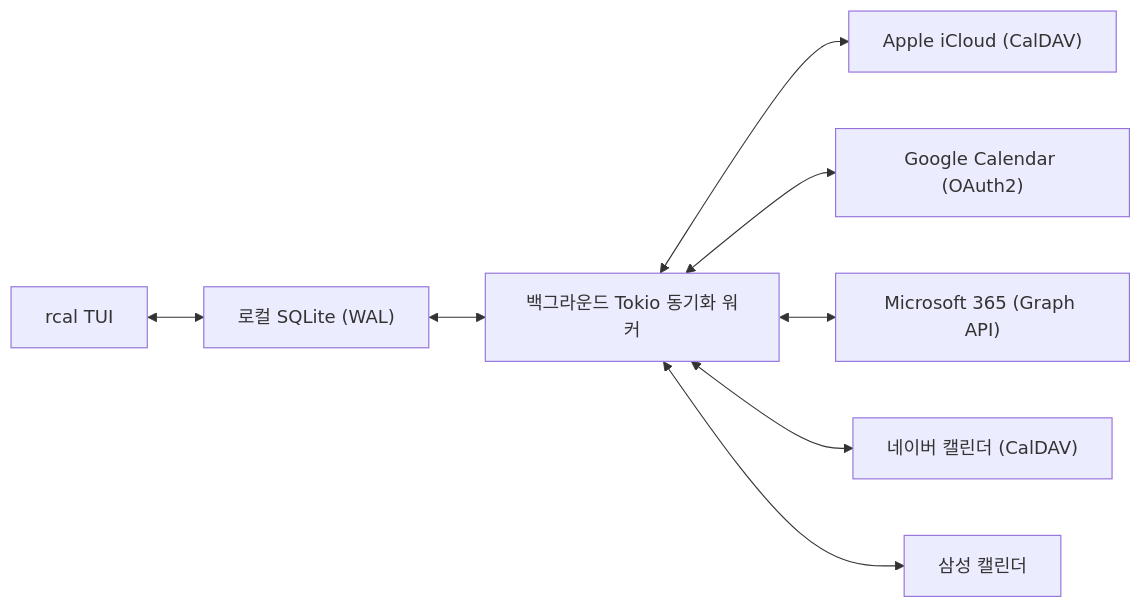
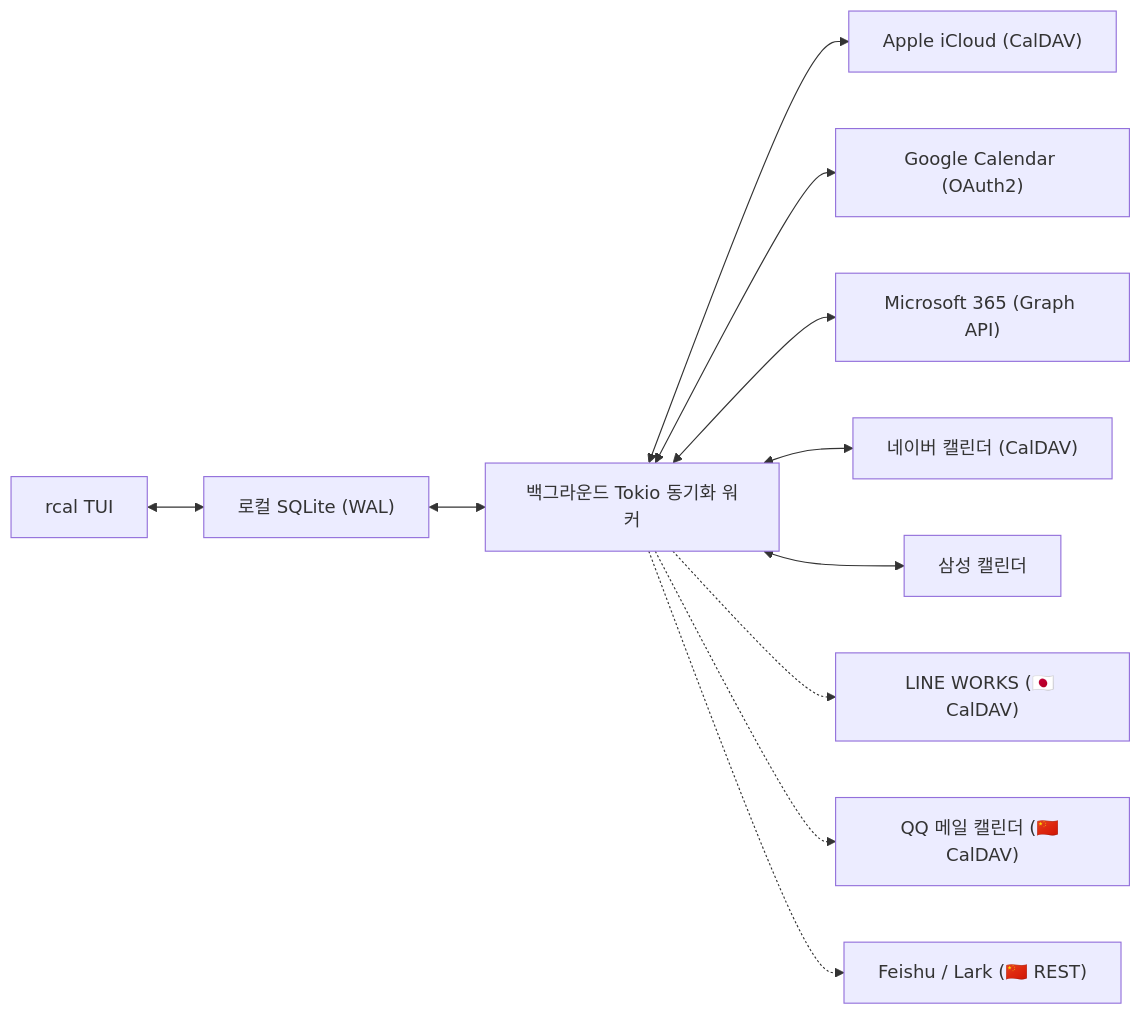
Before and after one commit to eeyees/rcal: the first of 2 diagrams in docs/locales/README.ko.md, drawn with Mermaid. The commit also changed other lines of this file and 27 other files, not shown here.

First line of the commit message:
feat: OAuth2 browser flow, auto language detection, settings tab navigation, and Asian calendar integration plan

````diff
--- a/docs/locales/README.ko.md
+++ b/docs/locales/README.ko.md
@@ -195,10 +195,13 @@
 ```mermaid
 flowchart LR
     A["rcal TUI"] <--> B["로컬 SQLite (WAL)"]
     B <--> C["백그라운드 Tokio 동기화 워커"]
     C <--> D["Apple iCloud (CalDAV)"]
     C <--> E["Google Calendar (OAuth2)"]
     C <--> F["Microsoft 365 (Graph API)"]
     C <--> G["네이버 캘린더 (CalDAV)"]
     C <--> H["삼성 캘린더"]
+    C -.-> I["LINE WORKS (🇯🇵 CalDAV)"]
+    C -.-> J["QQ 메일 캘린더 (🇨🇳 CalDAV)"]
+    C -.-> K["Feishu / Lark (🇨🇳 REST)"]
 ```
````
